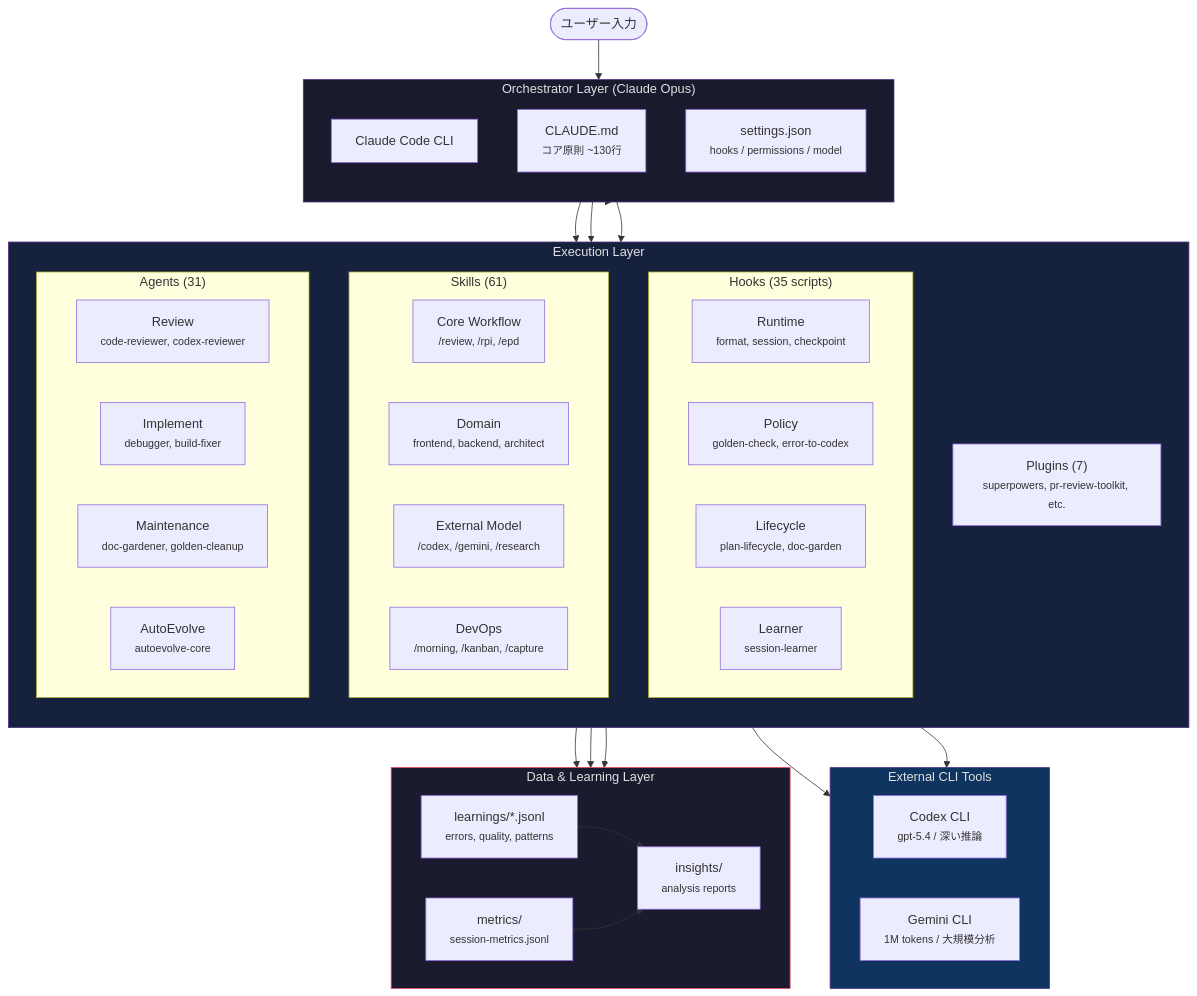
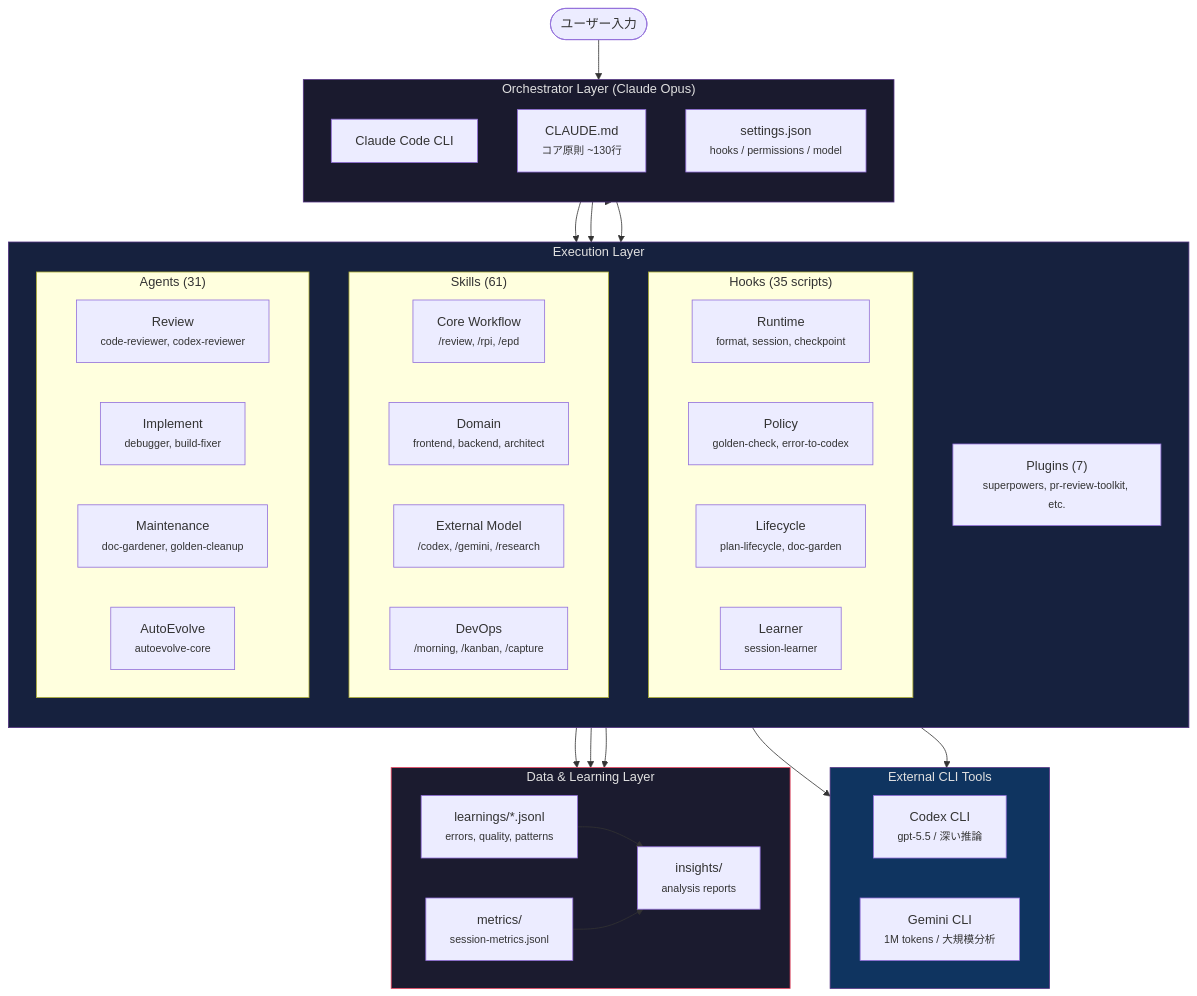
The first of 3 diagrams in .config/claude/README.md (takeuchi-shogo/dotfiles), drawn with Mermaid before and after one commit. The commit also changed other lines of this file and 32 other files, not shown here.

First line of the commit message:
🔧 chore(codex): switch model from gpt-5.4 to gpt-5.5

````diff
--- a/.config/claude/README.md
+++ b/.config/claude/README.md
@@ -28,71 +28,71 @@
 ```mermaid
 graph TB
     User([ユーザー入力])
 
     subgraph orchestrator["Orchestrator Layer (Claude Opus)"]
         direction TB
         CC[Claude Code CLI]
         CLAUDE_MD["CLAUDE.md<br><small>コア原則 ~130行</small>"]
         SETTINGS["settings.json<br><small>hooks / permissions / model</small>"]
     end
 
     subgraph execution["Execution Layer"]
         direction TB
         subgraph hooks_box["Hooks (35 scripts)"]
             direction LR
             H_RT["Runtime<br><small>format, session, checkpoint</small>"]
             H_PO["Policy<br><small>golden-check, error-to-codex</small>"]
             H_LC["Lifecycle<br><small>plan-lifecycle, doc-garden</small>"]
             H_LR["Learner<br><small>session-learner</small>"]
         end
 
         subgraph skills_box["Skills (61)"]
             direction LR
             SK_CORE["Core Workflow<br><small>/review, /rpi, /epd</small>"]
             SK_DOMAIN["Domain<br><small>frontend, backend, architect</small>"]
             SK_EXT["External Model<br><small>/codex, /gemini, /research</small>"]
             SK_OPS["DevOps<br><small>/morning, /kanban, /capture</small>"]
         end
 
         subgraph agents_box["Agents (31)"]
             direction LR
             AG_REV["Review<br><small>code-reviewer, codex-reviewer</small>"]
             AG_IMPL["Implement<br><small>debugger, build-fixer</small>"]
             AG_MAINT["Maintenance<br><small>doc-gardener, golden-cleanup</small>"]
             AG_EVOLVE["AutoEvolve<br><small>autoevolve-core</small>"]
         end
 
         PLUGINS["Plugins (7)<br><small>superpowers, pr-review-toolkit, etc.</small>"]
     end
 
     subgraph external["External CLI Tools"]
         direction LR
-        CODEX["Codex CLI<br><small>gpt-5.4 / 深い推論</small>"]
+        CODEX["Codex CLI<br><small>gpt-5.5 / 深い推論</small>"]
         GEMINI["Gemini CLI<br><small>1M tokens / 大規模分析</small>"]
     end
 
     subgraph data["Data & Learning Layer"]
         direction LR
         LEARNINGS["learnings/*.jsonl<br><small>errors, quality, patterns</small>"]
         METRICS["metrics/<br><small>session-metrics.jsonl</small>"]
         INSIGHTS["insights/<br><small>analysis reports</small>"]
     end
 
     User --> CC
     CC --> hooks_box
     CC --> skills_box
     CC --> agents_box
     CC --> PLUGINS
     SK_EXT --> CODEX
     SK_EXT --> GEMINI
     AG_EVOLVE --> LEARNINGS
     H_LR --> LEARNINGS
     H_PO --> LEARNINGS
     LEARNINGS --> INSIGHTS
     METRICS --> INSIGHTS
 
     style orchestrator fill:#1a1a2e,stroke:#533483,color:#e0e0e0
     style execution fill:#16213e,stroke:#533483,color:#e0e0e0
     style external fill:#0f3460,stroke:#533483,color:#e0e0e0
     style data fill:#1b1b2f,stroke:#e94560,color:#e0e0e0
 ```
````
